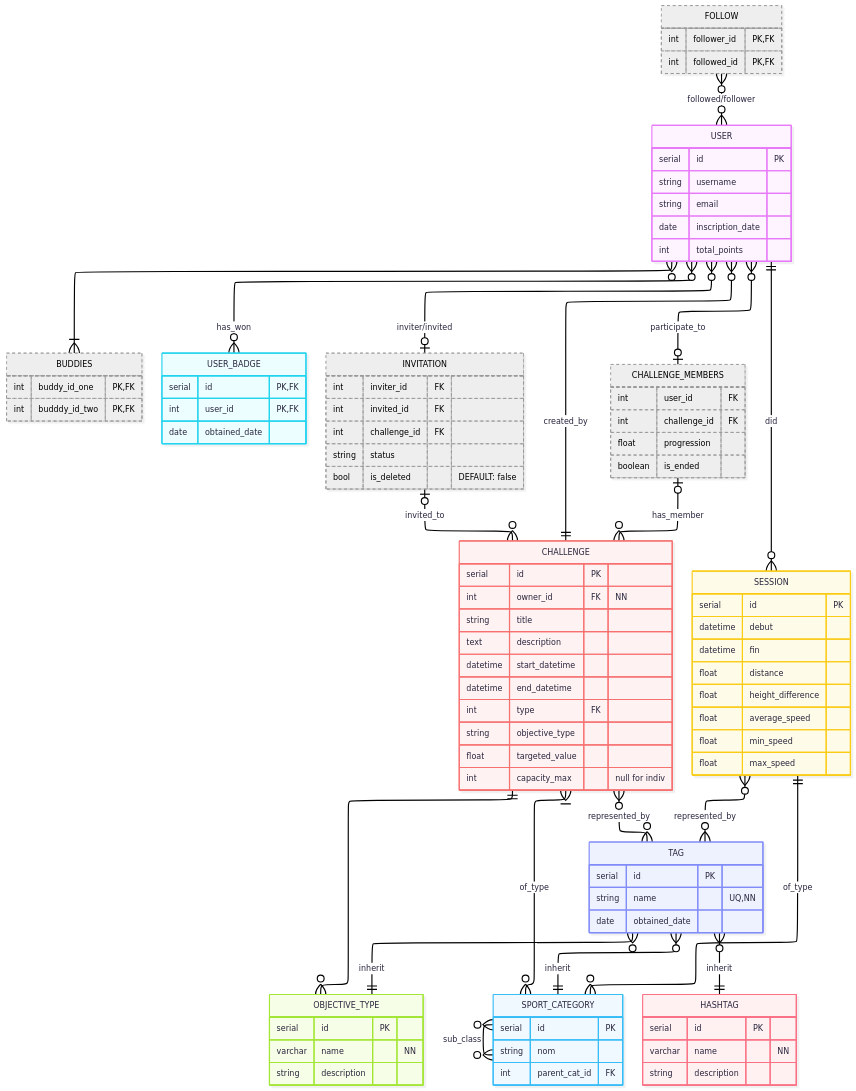
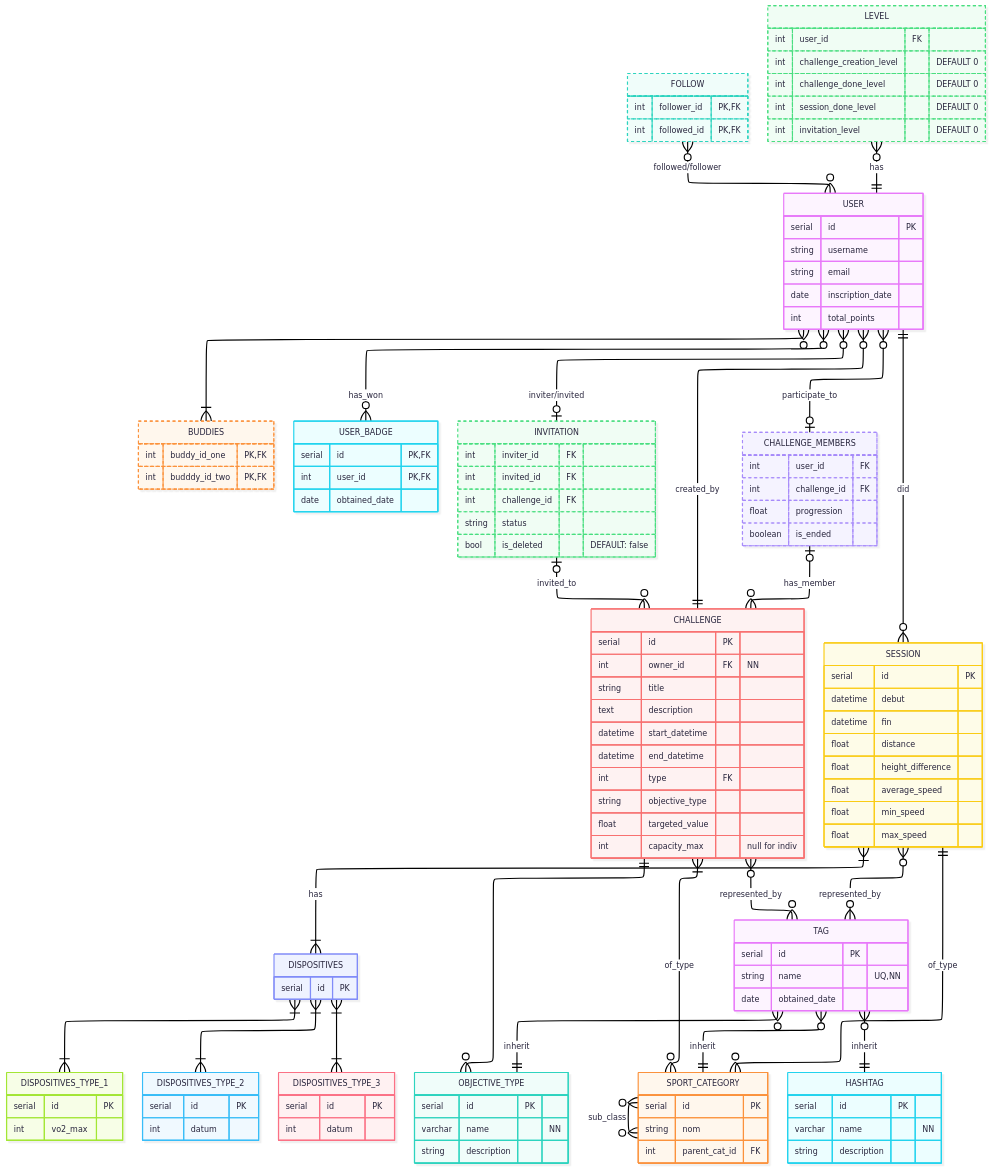
One commit to pax-projects/college-sql-project-2026 changed the diagram in diagram.mermaid. Above: the diagram before and after it, drawn with Mermaid.

Commit message:
feat: add more dispositives

```diff
--- a/diagram.mermaid
+++ b/diagram.mermaid
@@ -1,126 +1,159 @@
 ---
 config:
   look: neo
   layout: elk
   theme: redux-color
 ---
 erDiagram
 	direction TB
 	USER {
-	    serial id PK ""  
+		serial id PK ""  
 		string username  ""  
 		string email  ""  
 		date inscription_date  ""  
 		int total_points  ""  
 	}
 
 	FOLLOW {
 		int follower_id PK,FK ""  
 		int followed_id PK,FK ""  
 	}
 
 	BUDDIES {
 		int buddy_id_one PK,FK ""  
 		int budddy_id_two PK,FK ""  
 	}
 
 	USER_BADGE {
 		serial id PK,FK ""  
 		int user_id PK,FK ""  
 		date obtained_date  ""  
 	}
 
-	INVITATION { 
+	INVITATION {
 		int inviter_id FK ""  
 		int invited_id FK ""  
 		int challenge_id FK ""  
 		string status  ""  
 		bool is_deleted  "DEFAULT: false"  
 	}
 
 	CHALLENGE_MEMBERS {
 		int user_id FK ""  
 		int challenge_id FK ""  
 		float progression  ""  
 		boolean is_ended  ""  
 	}
 
 	CHALLENGE {
 		serial id PK ""  
 		int owner_id FK "NN"  
 		string title  ""  
 		text description  ""  
 		datetime start_datetime  ""  
 		datetime end_datetime  ""  
 		int type FK ""  
 		string objective_type  ""  
 		float targeted_value  ""  
 		int capacity_max  "null for indiv"  
 	}
 
 	SESSION {
 		serial id PK ""  
 		datetime debut  ""  
 		datetime fin  ""  
 		float distance  ""  
 		float height_difference  ""  
-		float average_speed  ""
-        float min_speed ""  
+		float average_speed  ""  
+		float min_speed  ""  
 		float max_speed  ""  
+	}
+
+	DISPOSITIVES {
+		serial id PK ""  
+	}
+
+	DISPOSITIVES_TYPE_1 {
+		serial id PK ""  
+		int vo2_max  ""  
+	}
+
+	DISPOSITIVES_TYPE_2 {
+		serial id PK ""  
+		int datum  ""  
+	}
+
+	DISPOSITIVES_TYPE_3 {
+		serial id PK ""  
+		int datum  ""  
 	}
 
 	TAG {
 		serial id PK ""  
 		string name  "UQ,NN"  
 		date obtained_date  ""  
 	}
 
 	OBJECTIVE_TYPE {
 		serial id PK ""  
 		varchar name  "NN"  
 		string description  ""  
 	}
 
 	SPORT_CATEGORY {
 		serial id PK ""  
 		string nom  ""  
 		int parent_cat_id FK ""  
 	}
 
-    HASHTAG {
-        serial id PK ""
-        varchar name "NN"
-        string description ""
-    }
+	HASHTAG {
+		serial id PK ""  
+		varchar name  "NN"  
+		string description  ""  
+	}
+
+	LEVEL {
+		int user_id FK ""  
+		int challenge_creation_level  "DEFAULT 0"  
+		int challenge_done_level  "DEFAULT 0"  
+		int session_done_level  "DEFAULT 0"  
+		int invitation_level  "DEFAULT 0"  
+	}
 
 	SPORT_CATEGORY}o--o{SPORT_CATEGORY:"sub_class"
 	CHALLENGE_MEMBERS|o--o{CHALLENGE:"has_member"
 	USER}o--o|INVITATION:"inviter/invited"
 	USER}o--o|CHALLENGE_MEMBERS:"participate_to"
 	USER||--o{SESSION:"did"
 	USER}o--||CHALLENGE:"created_by"
 	USER}o--o{USER_BADGE:"has_won"
 	USER}o--|{BUDDIES:"  "
 	INVITATION|o--o{CHALLENGE:"invited_to"
 	FOLLOW}o--o{USER:"followed/follower"
 	SESSION||--o{SPORT_CATEGORY:"of_type"
 	CHALLENGE}|--o{SPORT_CATEGORY:"of_type"
 	SESSION}o--o{TAG:"represented_by"
 	CHALLENGE}o--o{TAG:"represented_by"
 	CHALLENGE||--o{OBJECTIVE_TYPE:"  "
 	TAG}o--||OBJECTIVE_TYPE:"inherit"
 	TAG}o--||SPORT_CATEGORY:"inherit"
-    TAG}o--||HASHTAG:"inherit"
+	TAG}o--||HASHTAG:"inherit"
+	LEVEL}o--||USER:"has"
+	SESSION}|--|{DISPOSITIVES:"has"
+	DISPOSITIVES}|--|{DISPOSITIVES_TYPE_1:"  "
+	DISPOSITIVES}|--|{DISPOSITIVES_TYPE_2:"  "
+	DISPOSITIVES}|--|{DISPOSITIVES_TYPE_3:"  "
 
-	style FOLLOW :::::::::::::::::::::::::::::::::::::::::::::::::stroke-width:4px,stroke-dasharray:5
-	style BUDDIES :::::::::::::::::stroke-width:4px,stroke-dasharray:5
+	style FOLLOW ::::::::::::::::::::::::::::::::::::::::::::::::::::::stroke-width:4px,stroke-dasharray:5
+	style BUDDIES ::::::::::::::::::::::stroke-width:4px,stroke-dasharray:5
 
-	style INVITATION :stroke-width:4px,stroke-dasharray: 5
-	style CHALLENGE_MEMBERS ::::::::::::::::::::::::::::::::::::::::::::::::stroke-width:4px,stroke-dasharray:5
+	style INVITATION ::::::stroke-width:4px,stroke-dasharray:5
+	style CHALLENGE_MEMBERS :::::::::::::::::::::::::::::::::::::::::::::::::::::stroke-width:4px,stroke-dasharray:5
+
+	style LEVEL ::::::stroke-width:4px,stroke-dasharray:5
 
 	FOLLOW:::Ash
 	BUDDIES:::Ash
 	INVITATION:::Ash
 	CHALLENGE_MEMBERS:::Ash
-
-	classDef Ash :,stroke-width:1px, stroke-dasharray:none, stroke:#999999, fill:#EEEEEE, color:#000000
+	LEVEL:::Ash
```
